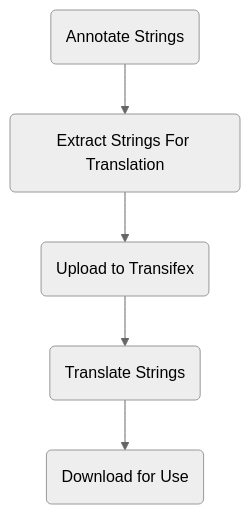
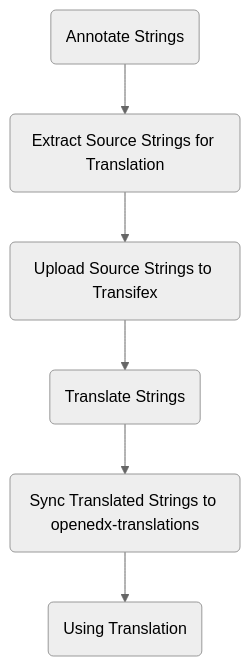
The diagram in source/translators/concepts/translation-process.rst (openedx/docs.openedx.org), drawn with Mermaid (neutral theme) before and after one commit. The commit also changed other lines of this file, not shown here.

```diff
--- a/source/translators/concepts/translation-process.rst
+++ b/source/translators/concepts/translation-process.rst
@@ -15,8 +15,9 @@
 .. mermaid::
 
    flowchart TD
       annotate(Annotate Strings) -->
-      extract(Extract Strings For Translation) -->
-      upload(Upload to Transifex) -->
+      extract(Extract Source Strings for Translation) -->
+      upload(Upload Source Strings to Transifex) -->
       translate(Translate Strings) -->
-      download(Download for Use)
+      sync(Sync Translated Strings to openedx-translations) -->
+      use(Using Translation)
```
